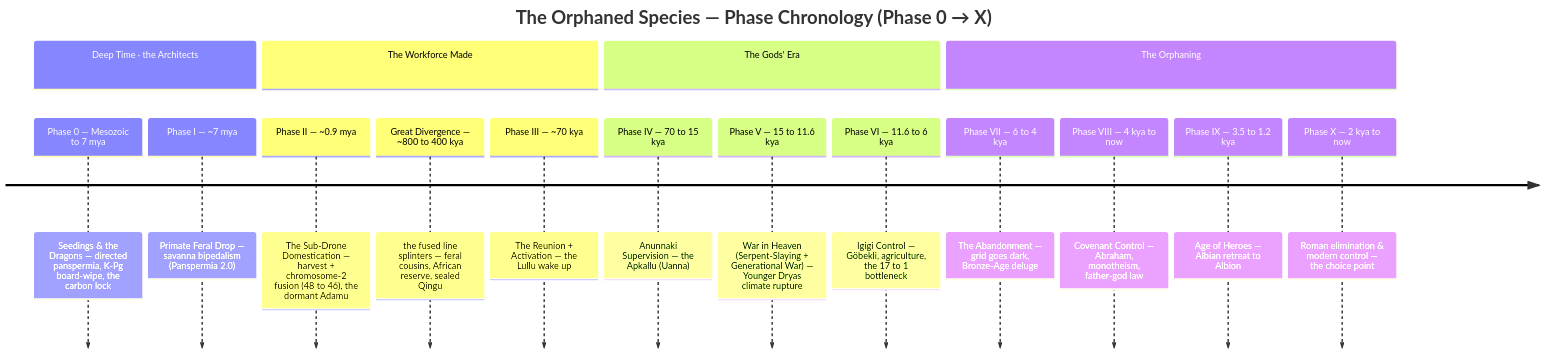
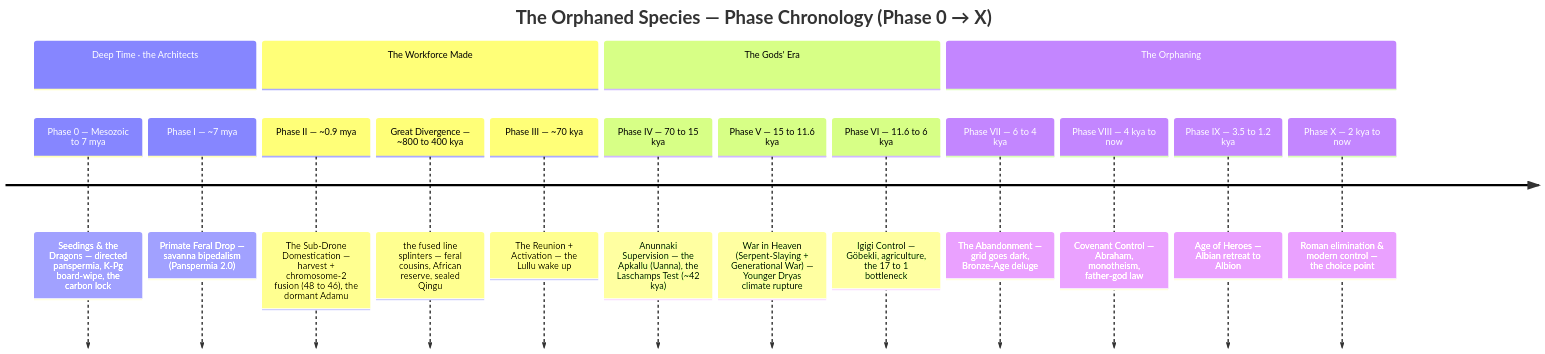
One commit to DoctorKhan/The-Orphaned-Species changed the second of 2 diagrams in 50_The_Orphaned_Species/00_MASTER_TIMELINE.md. Above: the diagram before and after it, drawn with Mermaid. The commit also changed other lines of this file and 3 other files, not shown here.

````diff
--- a/50_The_Orphaned_Species/00_MASTER_TIMELINE.md
+++ b/50_The_Orphaned_Species/00_MASTER_TIMELINE.md
@@ -494,20 +508,20 @@
 ```mermaid
 timeline
     title The Orphaned Species — Phase Chronology (Phase 0 → X)
     section Deep Time · the Architects
         Phase 0 — Mesozoic to 7 mya : Seedings & the Dragons — directed panspermia, K-Pg board-wipe, the carbon lock
         Phase I — ~7 mya : Primate Feral Drop — savanna bipedalism (Panspermia 2.0)
     section The Workforce Made
         Phase II — ~0.9 mya : The Sub-Drone Domestication — harvest + chromosome-2 fusion (48 to 46), the dormant Adamu
         Great Divergence — ~800 to 400 kya : the fused line splinters — feral cousins, African reserve, sealed Qingu
         Phase III — ~70 kya : The Reunion + Activation — the Lullu wake up
     section The Gods' Era
-        Phase IV — 70 to 15 kya : Anunnaki Supervision — the Apkallu (Uanna)
+        Phase IV — 70 to 15 kya : Anunnaki Supervision — the Apkallu (Uanna), the Laschamps Test (~42 kya)
         Phase V — 15 to 11.6 kya : War in Heaven (Serpent-Slaying + Generational War) — Younger Dryas climate rupture
         Phase VI — 11.6 to 6 kya : Igigi Control — Göbekli, agriculture, the 17 to 1 bottleneck
     section The Orphaning
         Phase VII — 6 to 4 kya : The Abandonment — grid goes dark, Bronze-Age deluge
         Phase VIII — 4 kya to now : Covenant Control — Abraham, monotheism, father-god law
         Phase IX — 3.5 to 1.2 kya : Age of Heroes — Albian retreat to Albion
         Phase X — 2 kya to now : Roman elimination & modern control — the choice point
 ```
````
